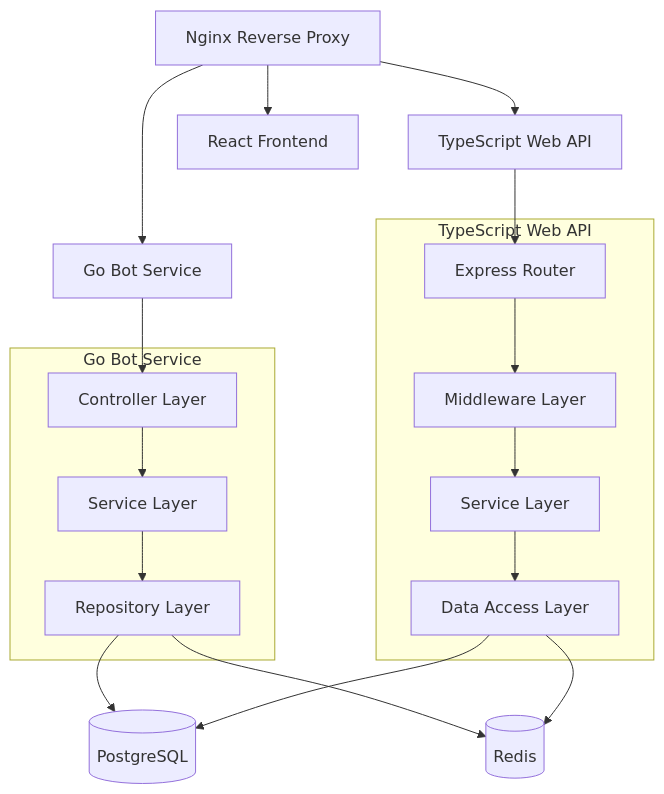
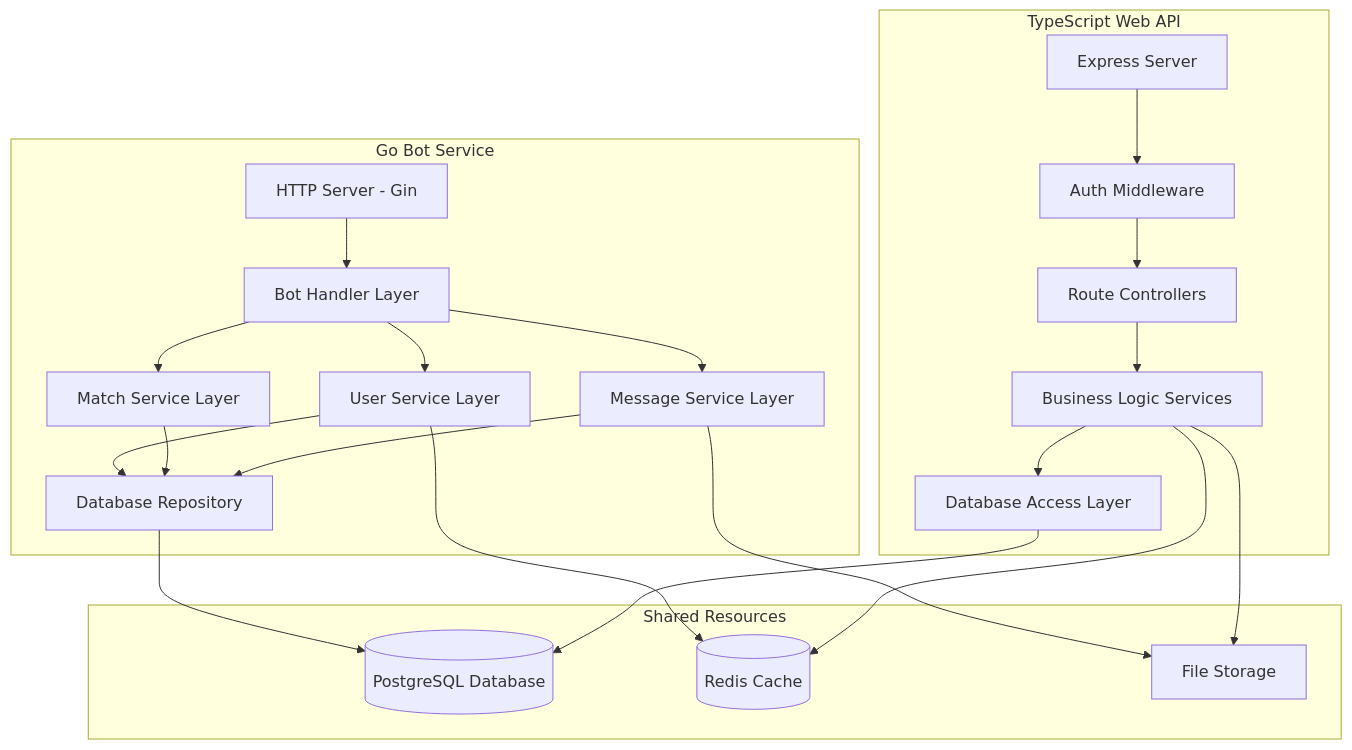
One commit to irfndi/meets-match changed the second of 3 diagrams in .trae/documents/technical-architecture.md. Above: the diagram before and after it, drawn with Mermaid. The commit also changed other lines of this file and 36 other files, not shown here.

First line of the commit message:
refactor(api): standardize response formats and fix type inconsistencies

````diff
--- a/.trae/documents/technical-architecture.md
+++ b/.trae/documents/technical-architecture.md
@@ -133,32 +210,45 @@
 ```mermaid
 graph TD
-    A[Nginx Reverse Proxy] --> B[Go Bot Service]
-    A --> C[TypeScript Web API]
-    A --> D[React Frontend]
-    
-    B --> E[Controller Layer]
-    E --> F[Service Layer]
-    F --> G[Repository Layer]
-    G --> H[(PostgreSQL)]
-    G --> I[(Redis)]
-    
-    C --> J[Express Router]
-    J --> K[Middleware Layer]
-    K --> L[Service Layer]
-    L --> M[Data Access Layer]
-    M --> H
-    M --> I
-    
     subgraph "Go Bot Service"
-        E
-        F
-        G
+        A[HTTP Server - Gin]
+        B[Bot Handler Layer]
+        C[User Service Layer]
+        D[Match Service Layer]
+        E[Message Service Layer]
+        F[Database Repository]
     end
     
     subgraph "TypeScript Web API"
-        J
-        K
-        L
-        M
+        G[Express Server]
+        H[Auth Middleware]
+        I[Route Controllers]
+        J[Business Logic Services]
+        K[Database Access Layer]
     end
+    
+    subgraph "Shared Resources"
+        L[(PostgreSQL Database)]
+        M[(Redis Cache)]
+        N[File Storage]
+    end
+    
+    A --> B
+    B --> C
+    B --> D
+    B --> E
+    C --> F
+    D --> F
+    E --> F
+    F --> L
+    
+    G --> H
+    H --> I
+    I --> J
+    J --> K
+    K --> L
+    
+    C --> M
+    J --> M
+    E --> N
+    J --> N
 ```
````
